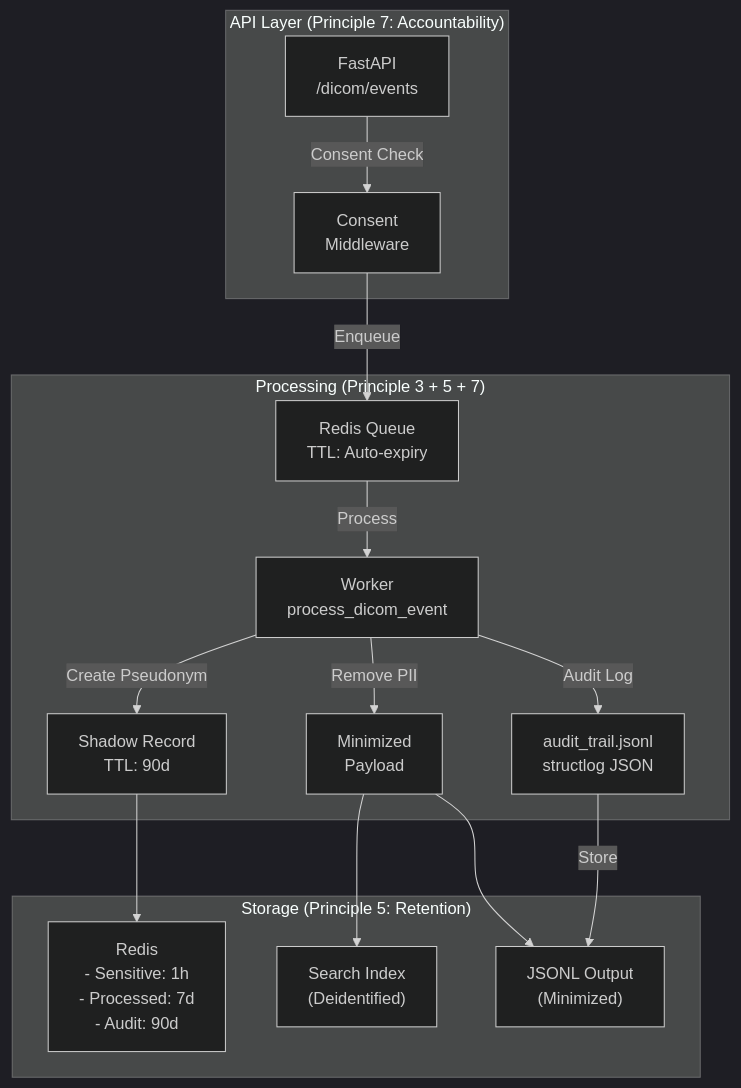
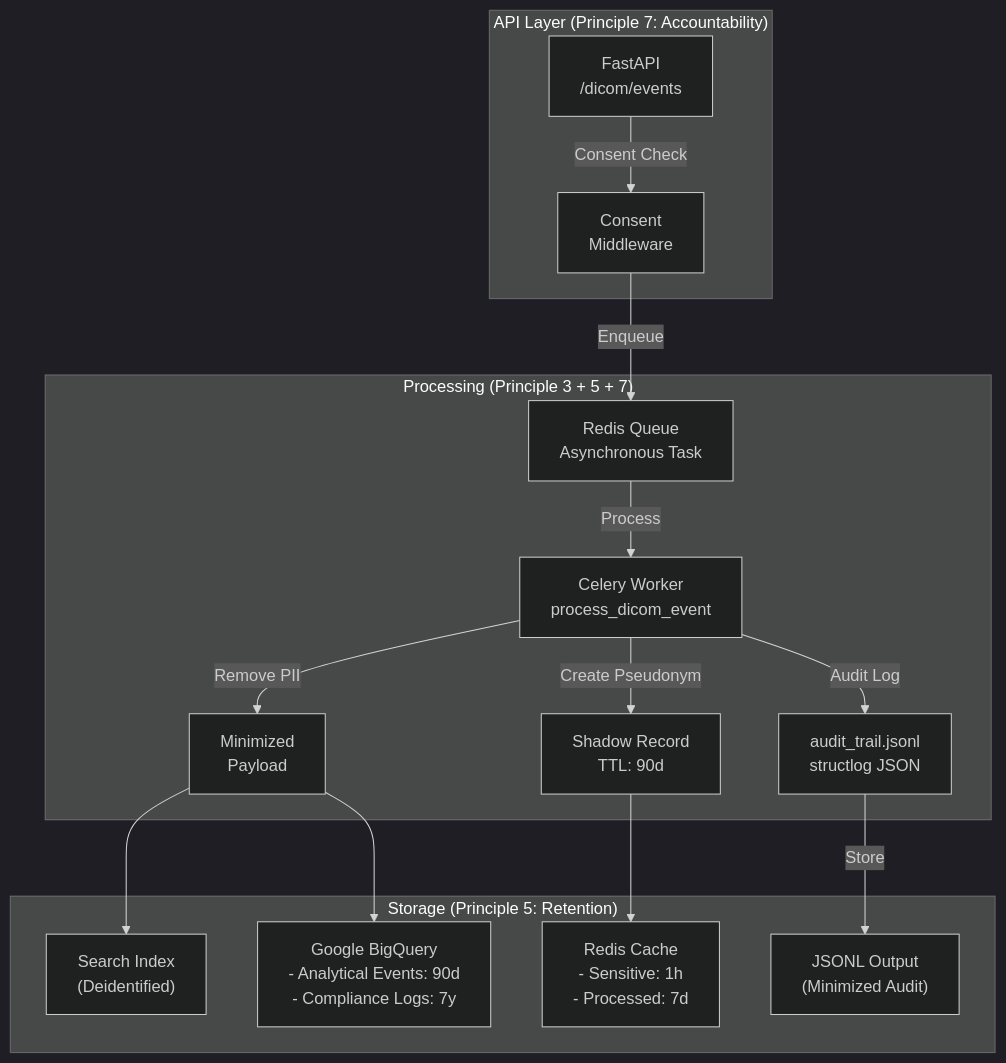
One commit to yk-dev-health/healthcare-data-pipeline changed the diagram in README.md. Above: the diagram before and after it, drawn with Mermaid (dark theme). The commit also changed other lines of this file, not shown here.

Commit message:
docs: upgrade README to formal UK GDPR architectural compliance mapping

````diff
--- a/README.md
+++ b/README.md
@@ -111,28 +9,30 @@
 ```mermaid
 graph TB
     subgraph "API Layer (Principle 7: Accountability)"
         API["FastAPI<br/>/dicom/events"]
         API -->|Consent Check| Consent["Consent<br/>Middleware"]
     end
 
     subgraph "Processing (Principle 3 + 5 + 7)"
-        Queue["Redis Queue<br/>TTL: Auto-expiry"]
-        Worker["Worker<br/>process_dicom_event"]
+        Queue["Redis Queue<br/>Asynchronous Task"]
+        Worker["Celery Worker<br/>process_dicom_event"]
         Worker -->|Remove PII| MinData["Minimized<br/>Payload"]
         Worker -->|Create Pseudonym| Shadow["Shadow Record<br/>TTL: 90d"]
         Worker -->|Audit Log| Audit["audit_trail.jsonl<br/>structlog JSON"]
     end
 
     subgraph "Storage (Principle 5: Retention)"
-        Redis["Redis<br/>- Sensitive: 1h<br/>- Processed: 7d<br/>- Audit: 90d"]
+        Redis["Redis Cache<br/>- Sensitive: 1h<br/>- Processed: 7d"]
         Index["Search Index<br/>(Deidentified)"]
-        File["JSONL Output<br/>(Minimized)"]
+        File["JSONL Output<br/>(Minimized Audit)"]
+        BQ["Google BigQuery<br/>- Analytical Events: 90d<br/>- Compliance Logs: 7y"]
     end
 
     Consent -->|Enqueue| Queue
     Queue -->|Process| Worker
     MinData --> Index
-    MinData --> File
+    MinData --> BQ
     Shadow --> Redis
     Audit -->|Store| File
+
 ```
````
